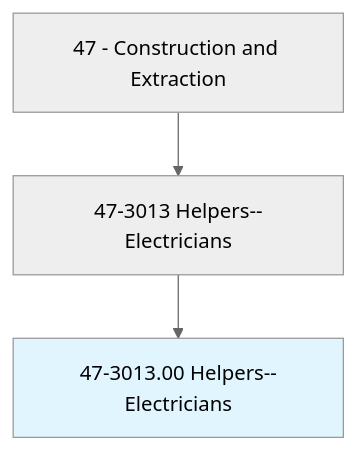
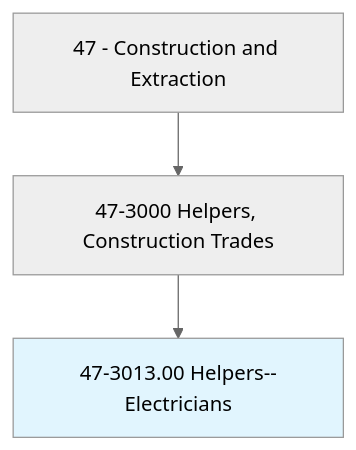
The first of 4 diagrams in occupations/Construction/HelpersElectricians.mdx (kziemski/business.org.ai), drawn with Mermaid (neutral theme) before and after one commit. The commit also changed other lines of this file and 938 other files, not shown here.

````diff
--- a/occupations/Construction/HelpersElectricians.mdx
+++ b/occupations/Construction/HelpersElectricians.mdx
@@ -19,6 +23,6 @@
 ```mermaid
 graph TD
-    Cat47["47 - Construction and Extraction"] --> Group473013["47-3013 Helpers--Electricians"]
-    Group473013 --> Current["47-3013.00 Helpers--Electricians"]
+    Cat47["47 - Construction and Extraction"] --> Group473["47-3000 Helpers, Construction Trades"]
+    Group473 --> Current["47-3013.00 Helpers--Electricians"]
     style Current fill:#e1f5fe
 ```
````
